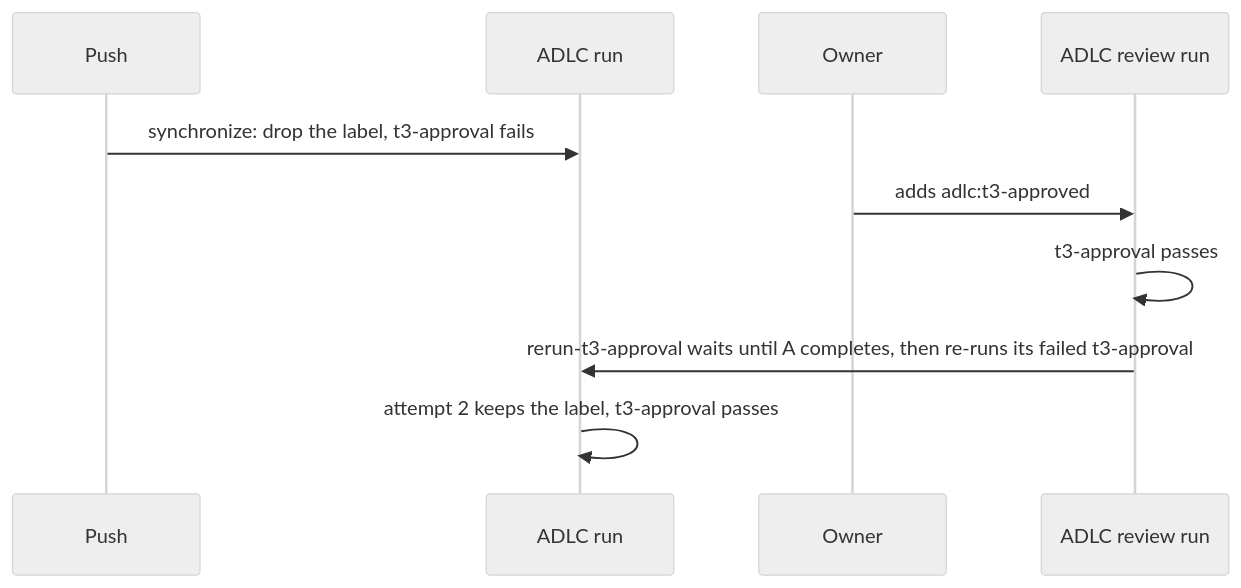
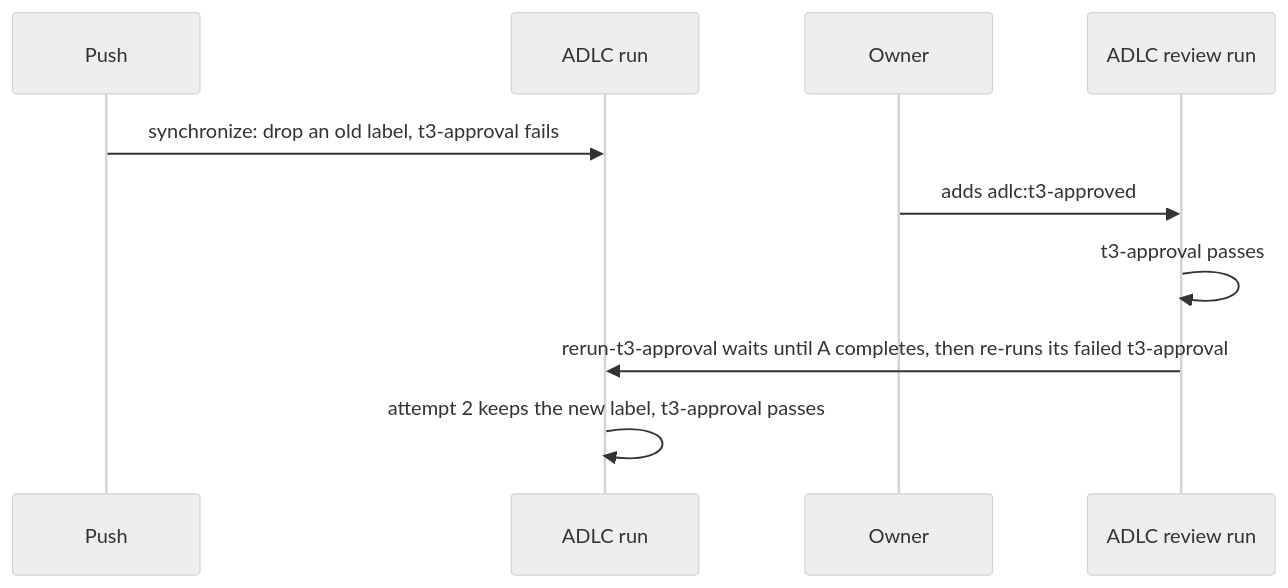
One commit to anandfrancis93/ADLC changed the diagram in intent/2026-10-23-t3-approval-after-label/spec.md. Above: the diagram before and after it, drawn with Mermaid (neutral theme). The commit also changed other lines of this file, not shown here.

````diff
--- a/intent/2026-10-23-t3-approval-after-label/spec.md
+++ b/intent/2026-10-23-t3-approval-after-label/spec.md
@@ -44,12 +53,12 @@
 ```mermaid
 sequenceDiagram
   participant P as Push
   participant A as ADLC run
   participant O as Owner
   participant R as ADLC review run
-  P->>A: synchronize: drop the label, t3-approval fails
+  P->>A: synchronize: drop an old label, t3-approval fails
   O->>R: adds adlc:t3-approved
   R->>R: t3-approval passes
   R->>A: rerun-t3-approval waits until A completes, then re-runs its failed t3-approval
-  A->>A: attempt 2 keeps the label, t3-approval passes
+  A->>A: attempt 2 keeps the new label, t3-approval passes
 ```
````
